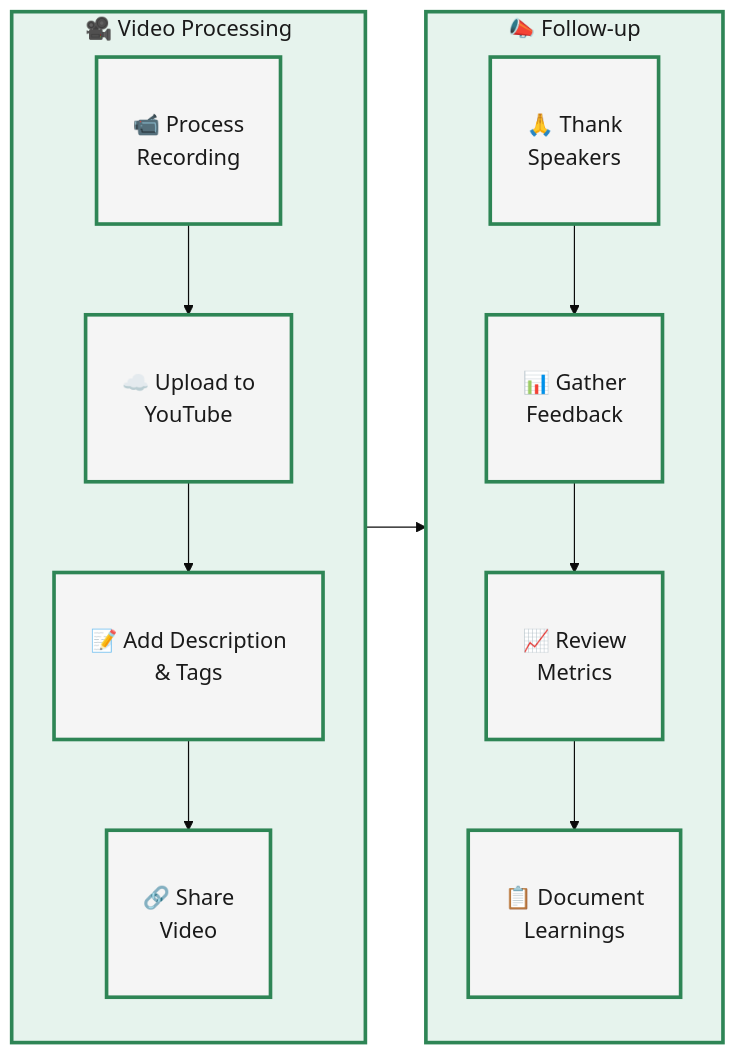
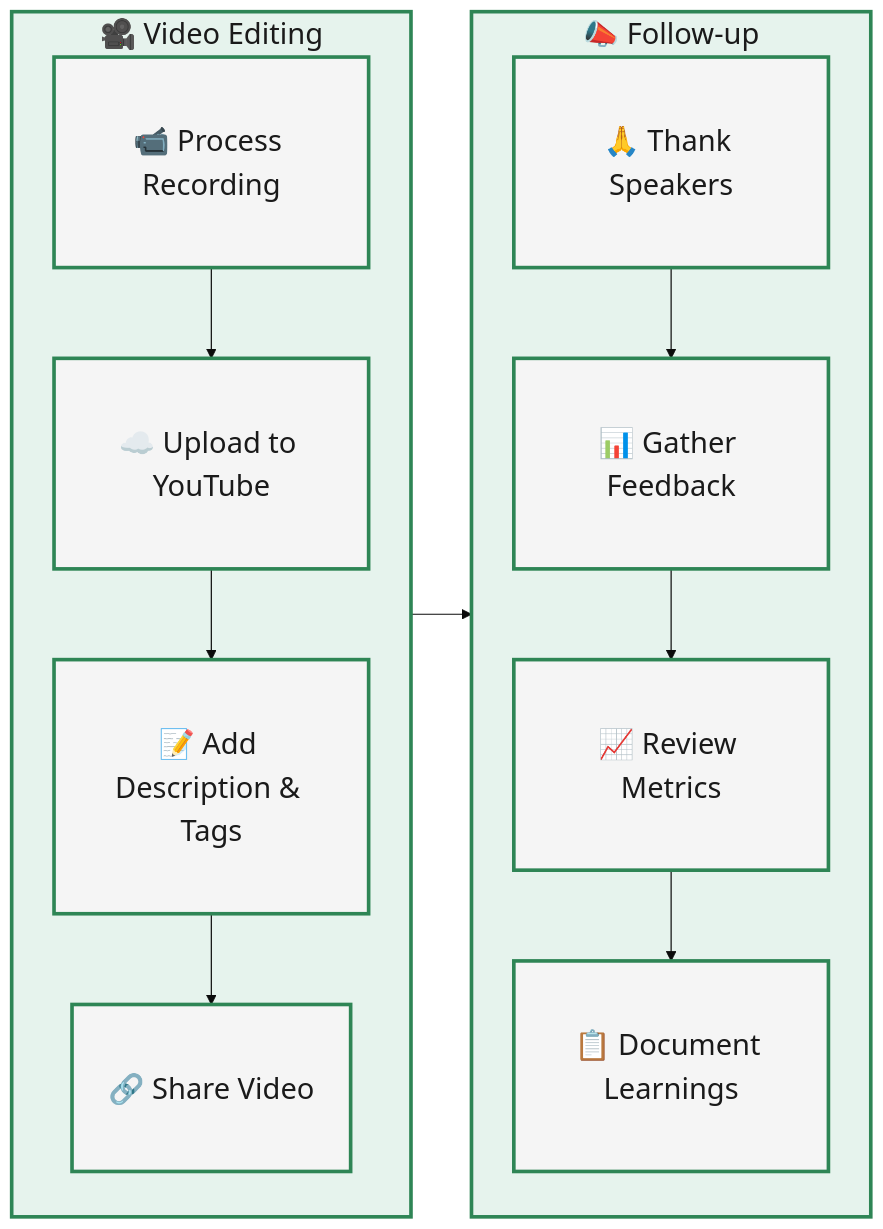
One commit to CBID2/VC-Community-Docs changed the fifth of 5 diagrams in docs/lightning-talks/processes/project-workflow.md. Above: the diagram before and after it, drawn with Mermaid. The commit also changed other lines of this file, not shown here.

Commit message:
Update Lightning Talks workflow with improved Mermaid diagrams and mobile-friendly styling

````diff
--- a/docs/lightning-talks/processes/project-workflow.md
+++ b/docs/lightning-talks/processes/project-workflow.md
@@ -181,31 +220,31 @@
 ```mermaid
-%%{init: {'theme':'base', 'themeVariables': {'fontSize':'18px', 'fontFamily':'arial'}}}%%
+%%{init: {'theme':'base', 'themeVariables': {'fontSize':'24px', 'fontFamily':'arial'}}}%%
 flowchart LR
-  %% Left Column - Video Processing
-  subgraph A["🎥 Video Processing"]
+  %% Left Column - Video Editing
+  subgraph A["🎥 Video Editing"]
     direction TB
-    A1["📹 Process<br/>Recording"]
-    A2["☁️ Upload to<br/>YouTube"]
-    A3["📝 Add Description<br/>& Tags"]
-    A4["🔗 Share<br/>Video"]
+    A1["📹 Process Recording"]
+    A2["☁️ Upload to YouTube"]
+    A3["📝 Add Description & Tags"]
+    A4["🔗 Share Video"]
     A1 --> A2 --> A3 --> A4
   end
 
   %% Right Column - Follow-up
   subgraph B["📣 Follow-up"]
     direction TB
-    B1["🙏 Thank<br/>Speakers"]
-    B2["📊 Gather<br/>Feedback"]
-    B3["📈 Review<br/>Metrics"]
-    B4["📋 Document<br/>Learnings"]
+    B1["🙏 Thank Speakers"]
+    B2["📊 Gather Feedback"]
+    B3["📈 Review Metrics"]
+    B4["📋 Document Learnings"]
     B1 --> B2 --> B3 --> B4
   end
 
   %% Flow between columns
   A4 --> B1
 
   %% Styling
   classDef default fill:#f5f5f5,stroke:#2e8555,stroke-width:3px,color:#1a1a1a,padding:15px;
   classDef process fill:#e6f3ed,stroke:#2e8555,stroke-width:3px,color:#1a1a1a;
   class A,B process;
 ```
````
